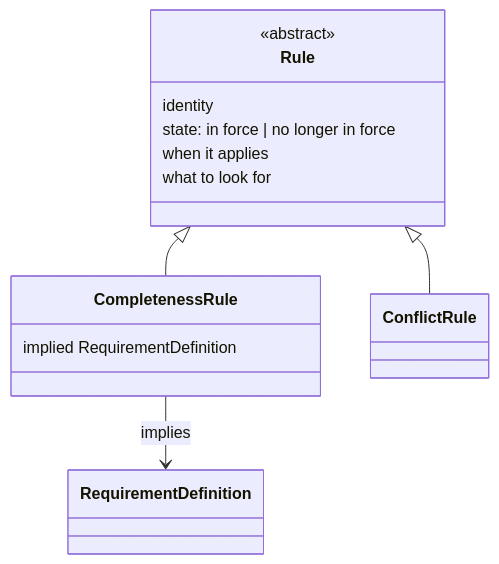
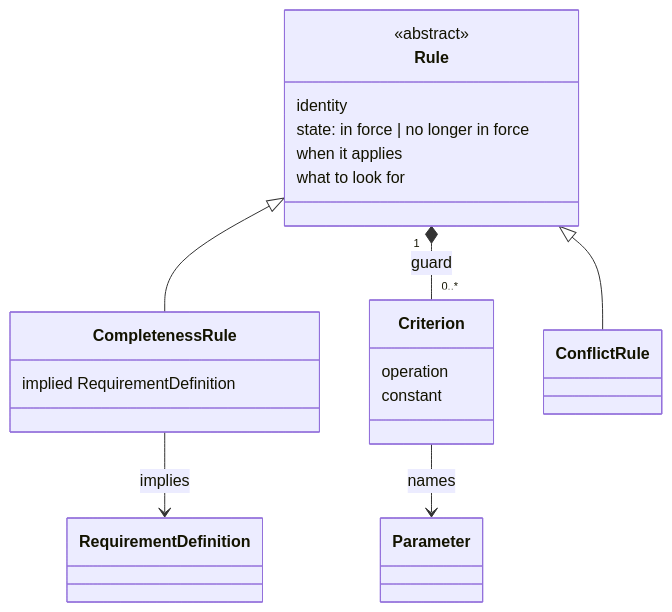
One commit to szantob/ProjectML changed the first of 3 diagrams in spec/03-project-lifecycle-model.md. Above: the diagram before and after it, drawn with Mermaid. The commit also changed other lines of this file, not shown here.

Commit message:
Give Rule a guard that excludes only what is decidable without judgement (K102-K104)

````diff
--- a/spec/03-project-lifecycle-model.md
+++ b/spec/03-project-lifecycle-model.md
@@ -83,16 +83,22 @@
 ```mermaid
 classDiagram
     class Rule {
         <<abstract>>
         identity
         state: in force | no longer in force
         when it applies
         what to look for
     }
+    class Criterion {
+        operation
+        constant
+    }
     class CompletenessRule {
         implied RequirementDefinition
     }
     Rule <|-- ConflictRule
     Rule <|-- CompletenessRule
+    Rule "1" *-- "0..*" Criterion : guard
+    Criterion --> Parameter : names
     CompletenessRule --> RequirementDefinition : implies
 ```
````
